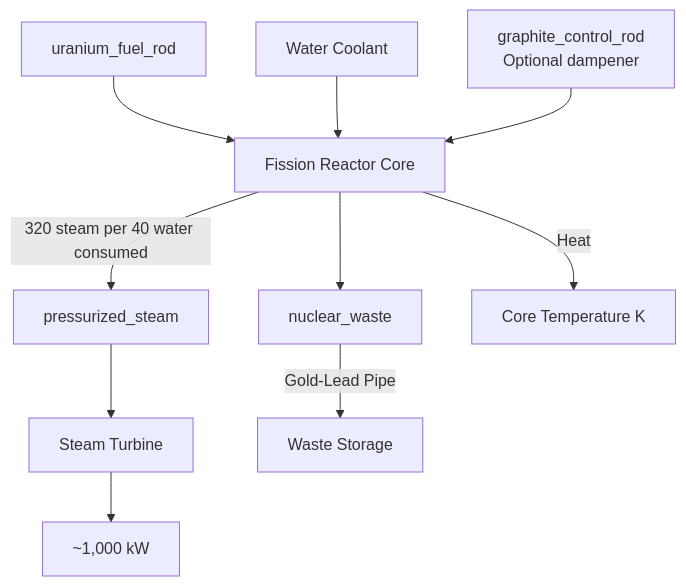
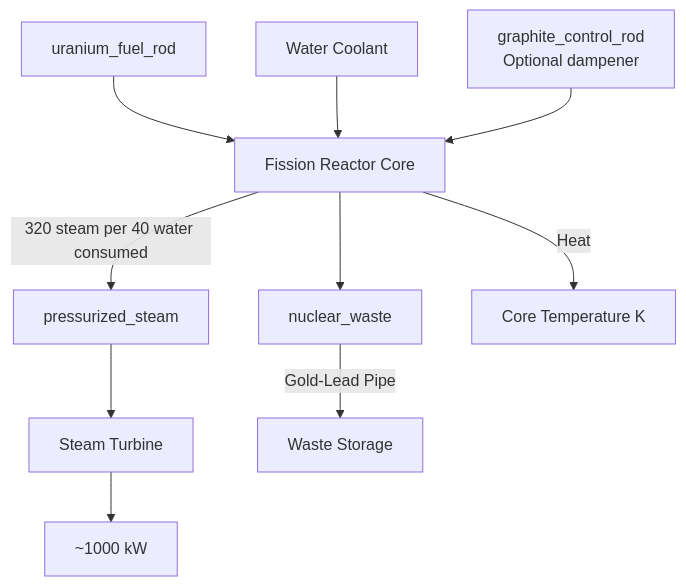
One commit to pourgb/root.works changed diagram 19 of 28 in WIKI.md. Above: the diagram before and after it, drawn with Mermaid. The commit also changed other lines of this file, not shown here.

Commit message:
FUCK MERMAID, FUCK THE GUY WHO INVENTED MERMAID BULLSHIT

````diff
--- a/WIKI.md
+++ b/WIKI.md
@@ -697,12 +697,12 @@
 ```mermaid
 flowchart TD
     FuelRod[uranium_fuel_rod] --> Reactor[Fission Reactor Core]
     Water[Water Coolant] --> Reactor
     GraphiteRod["graphite_control_rod<br/>Optional dampener"] --> Reactor
     Reactor -->|320 steam per 40 water consumed| Steam[pressurized_steam]
     Reactor --> NWaste[nuclear_waste]
     Reactor -->|Heat| TempGauge[Core Temperature K]
     Steam --> Turbine[Steam Turbine]
-    Turbine --> Electricity["~1,000 kW"]
+    Turbine --> Electricity["~1000 kW"]
     NWaste -->|Gold-Lead Pipe| WasteStorage[Waste Storage]
 ```
````
